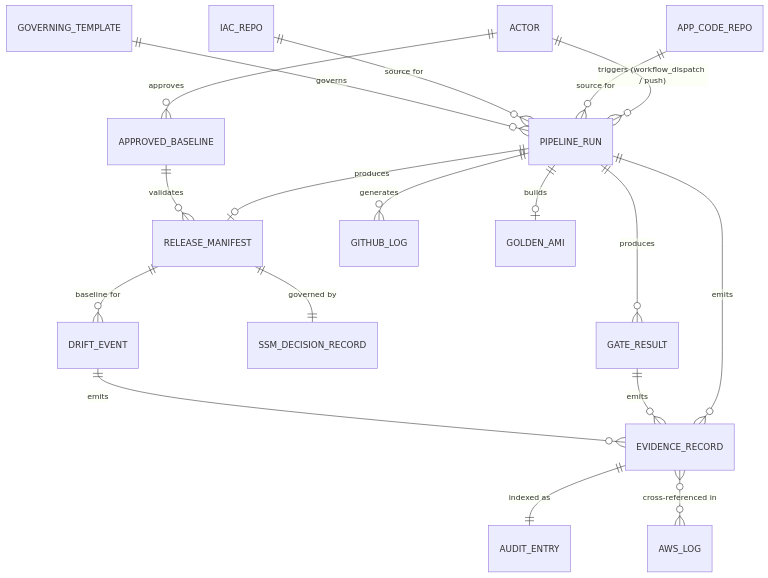
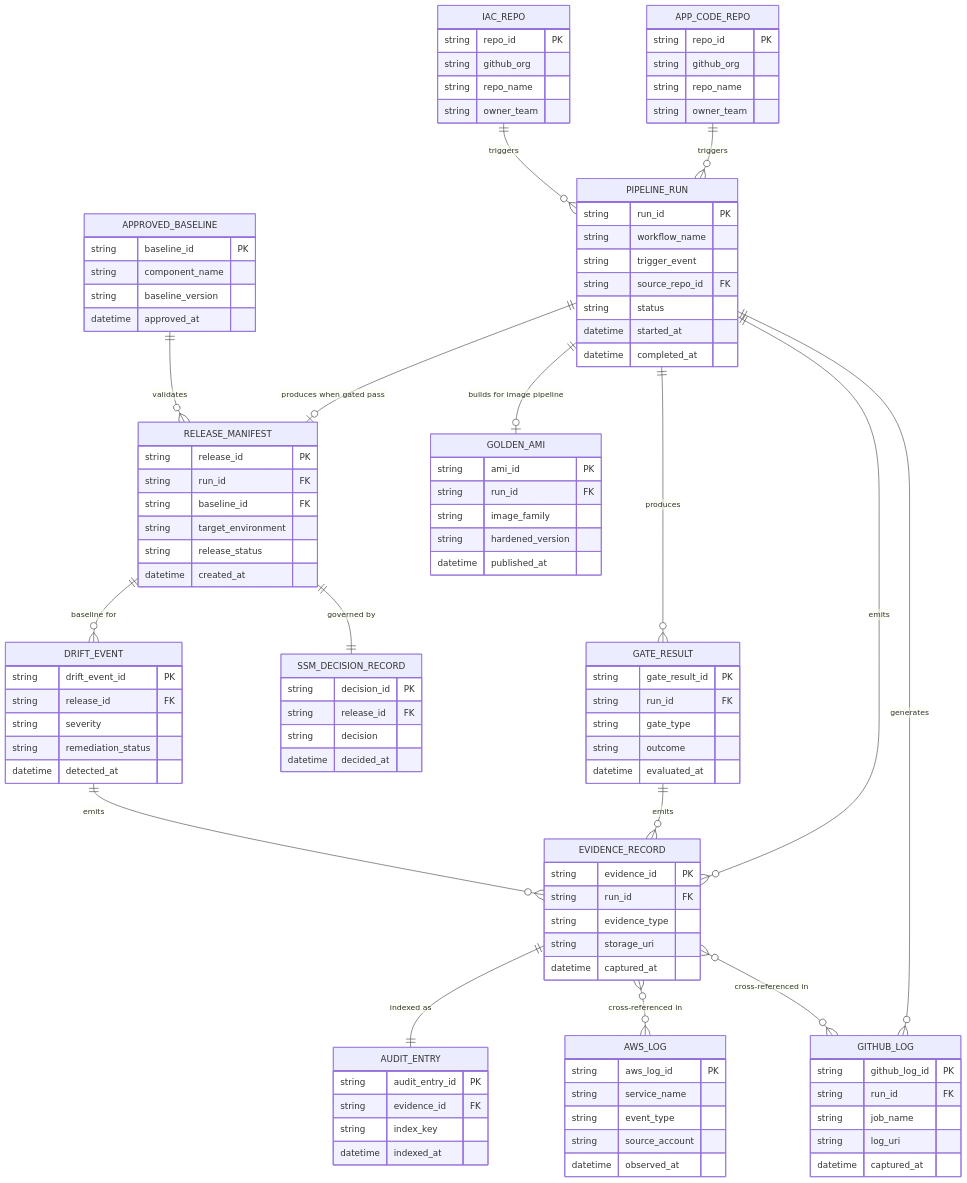
One commit to wingt903/CICD changed the diagram in architecture/data-architecture-erd.mmd. Above: the diagram before and after it, drawn with Mermaid. The commit also changed 1 other file, not shown here.

Commit message:
Revise ERD ownership and professional data model

```diff
--- a/architecture/data-architecture-erd.mmd
+++ b/architecture/data-architecture-erd.mmd
@@ -1,19 +1,107 @@
 erDiagram
 
-    ACTOR          ||--o{ PIPELINE_RUN       : "triggers (workflow_dispatch / push)"
-    ACTOR          ||--o{ APPROVED_BASELINE  : "approves"
-    APP_CODE_REPO  ||--o{ PIPELINE_RUN       : "source for"
-    IAC_REPO       ||--o{ PIPELINE_RUN       : "source for"
-    GOVERNING_TEMPLATE ||--o{ PIPELINE_RUN   : "governs"
-    PIPELINE_RUN   ||--o{ GATE_RESULT        : "produces"
-    PIPELINE_RUN   ||--o| RELEASE_MANIFEST   : "produces"
-    PIPELINE_RUN   ||--o{ EVIDENCE_RECORD    : "emits"
-    PIPELINE_RUN   ||--o{ GITHUB_LOG         : "generates"
-    PIPELINE_RUN   ||--o| GOLDEN_AMI         : "builds"
+    APP_CODE_REPO ||--o{ PIPELINE_RUN : "triggers"
+    IAC_REPO ||--o{ PIPELINE_RUN : "triggers"
+    PIPELINE_RUN ||--o{ GATE_RESULT : "produces"
+    PIPELINE_RUN ||--o| RELEASE_MANIFEST : "produces when gated pass"
+    PIPELINE_RUN ||--o| GOLDEN_AMI : "builds for image pipeline"
+    PIPELINE_RUN ||--o{ GITHUB_LOG : "generates"
+    PIPELINE_RUN ||--o{ EVIDENCE_RECORD : "emits"
     APPROVED_BASELINE ||--o{ RELEASE_MANIFEST : "validates"
     RELEASE_MANIFEST ||--|| SSM_DECISION_RECORD : "governed by"
-    RELEASE_MANIFEST ||--o{ DRIFT_EVENT          : "baseline for"
-    GATE_RESULT    ||--o{ EVIDENCE_RECORD    : "emits"
-    DRIFT_EVENT    ||--o{ EVIDENCE_RECORD    : "emits"
-    EVIDENCE_RECORD ||--|| AUDIT_ENTRY       : "indexed as"
-    EVIDENCE_RECORD }o--o{ AWS_LOG           : "cross-referenced in"
+    RELEASE_MANIFEST ||--o{ DRIFT_EVENT : "baseline for"
+    GATE_RESULT ||--o{ EVIDENCE_RECORD : "emits"
+    DRIFT_EVENT ||--o{ EVIDENCE_RECORD : "emits"
+    EVIDENCE_RECORD ||--|| AUDIT_ENTRY : "indexed as"
+    EVIDENCE_RECORD }o--o{ AWS_LOG : "cross-referenced in"
+    EVIDENCE_RECORD }o--o{ GITHUB_LOG : "cross-referenced in"
+
+    APP_CODE_REPO {
+        string repo_id PK
+        string github_org
+        string repo_name
+        string owner_team
+    }
+    IAC_REPO {
+        string repo_id PK
+        string github_org
+        string repo_name
+        string owner_team
+    }
+    PIPELINE_RUN {
+        string run_id PK
+        string workflow_name
+        string trigger_event
+        string source_repo_id FK
+        string status
+        datetime started_at
+        datetime completed_at
+    }
+    GATE_RESULT {
+        string gate_result_id PK
+        string run_id FK
+        string gate_type
+        string outcome
+        datetime evaluated_at
+    }
+    APPROVED_BASELINE {
+        string baseline_id PK
+        string component_name
+        string baseline_version
+        datetime approved_at
+    }
+    GOLDEN_AMI {
+        string ami_id PK
+        string run_id FK
+        string image_family
+        string hardened_version
+        datetime published_at
+    }
+    RELEASE_MANIFEST {
+        string release_id PK
+        string run_id FK
+        string baseline_id FK
+        string target_environment
+        string release_status
+        datetime created_at
+    }
+    SSM_DECISION_RECORD {
+        string decision_id PK
+        string release_id FK
+        string decision
+        datetime decided_at
+    }
+    DRIFT_EVENT {
+        string drift_event_id PK
+        string release_id FK
+        string severity
+        string remediation_status
+        datetime detected_at
+    }
+    EVIDENCE_RECORD {
+        string evidence_id PK
+        string run_id FK
+        string evidence_type
+        string storage_uri
+        datetime captured_at
+    }
+    AUDIT_ENTRY {
+        string audit_entry_id PK
+        string evidence_id FK
+        string index_key
+        datetime indexed_at
+    }
+    GITHUB_LOG {
+        string github_log_id PK
+        string run_id FK
+        string job_name
+        string log_uri
+        datetime captured_at
+    }
+    AWS_LOG {
+        string aws_log_id PK
+        string service_name
+        string event_type
+        string source_account
+        datetime observed_at
+    }
```
